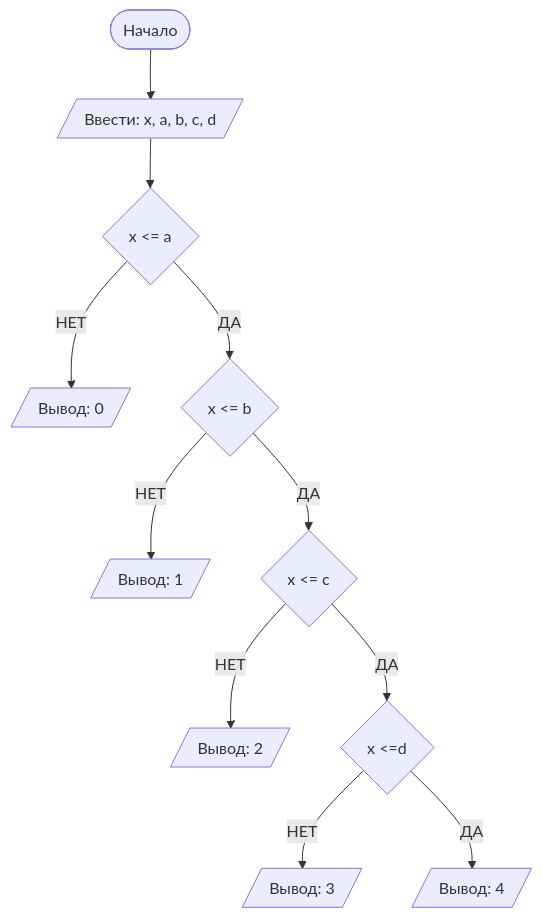
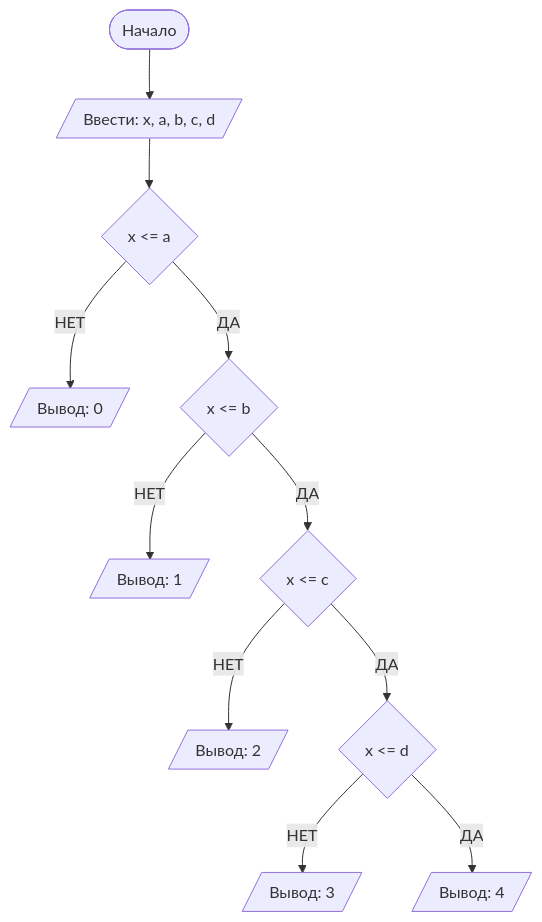
One commit to abihuf/lab1 changed the diagram in README.md. Above: the diagram before and after it, drawn with Mermaid.

````diff
--- a/README.md
+++ b/README.md
@@ -67,14 +67,14 @@
 ```mermaid
 graph TD
     A([Начало]) --> B[/Ввести: x, a, b, c, d/]
     B --> C{x <= a}
     C -- НЕТ --> D[/Вывод: 0/]
     C -- ДА --> E{x <= b}
     E -- НЕТ --> F[/Вывод: 1/]
     E -- ДА --> G{x <= c}
     G -- НЕТ--> H[/Вывод: 2/]
-    G -- ДА --> I{x <=d}
+    G -- ДА --> I{x <= d}
     I -- НЕТ --> J[/Вывод: 3/]
     I -- ДА --> K[/Вывод: 4/]
 
 ```
````
